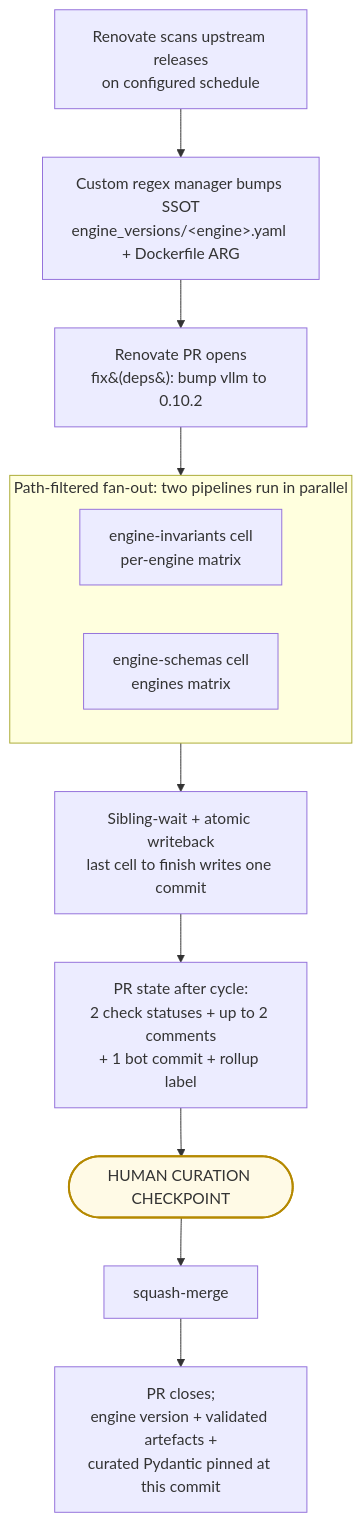
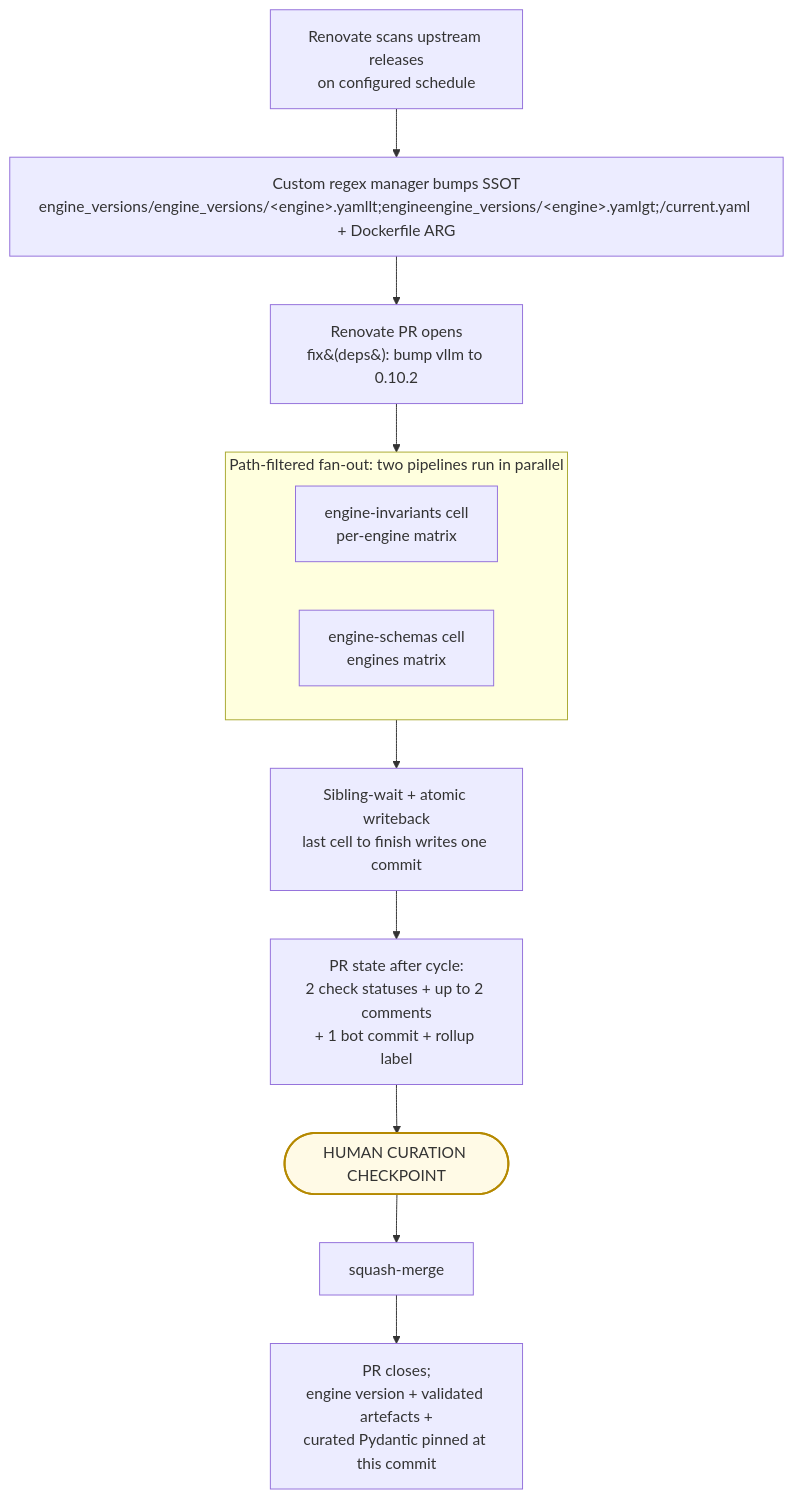
The second of 3 diagrams in docs/explanation/architecture/pipeline-architecture.md (henrycgbaker/LLenergyMeasure), drawn with Mermaid before and after one commit. The commit also changed other lines of this file and 179 other files, not shown here.

First line of the commit message:
refactor(engines): structural cleanup — engine_versions/ layout, producers rename, stub factory (#634)

````diff
--- a/docs/explanation/architecture/pipeline-architecture.md
+++ b/docs/explanation/architecture/pipeline-architecture.md
@@ -53,24 +53,24 @@
 ```mermaid
 flowchart TD
     renovate[Renovate scans upstream releases<br/>on configured schedule]
-    bump[Custom regex manager bumps SSOT<br/>engine_versions/&lt;engine&gt;.yaml + Dockerfile ARG]
+    bump[Custom regex manager bumps SSOT<br/>engine_versions/engine_versions/&lt;engine&gt;.yamllt;engineengine_versions/&lt;engine&gt;.yamlgt;/current.yaml + Dockerfile ARG]
     pr[Renovate PR opens<br/>fix&#40;deps&#41;: bump vllm to 0.10.2]
 
     renovate --> bump --> pr
 
     subgraph parallel["Path-filtered fan-out: two pipelines run in parallel"]
         direction LR
         inv[engine-invariants cell<br/>per-engine matrix]
         sch[engine-schemas cell<br/>engines matrix]
     end
 
     pr --> parallel
     parallel --> wait[Sibling-wait + atomic writeback<br/>last cell to finish writes one commit]
     wait --> summary[PR state after cycle:<br/>2 check statuses + up to 2 comments<br/>+ 1 bot commit + rollup label]
     summary --> human([HUMAN CURATION CHECKPOINT])
     human --> merge[squash-merge]
     merge --> closed[PR closes;<br/>engine version + validated artefacts +<br/>curated Pydantic pinned at this commit]
 
     classDef chk fill:#fffae6,stroke:#b58900,stroke-width:2px;
     class human chk;
 ```
````
